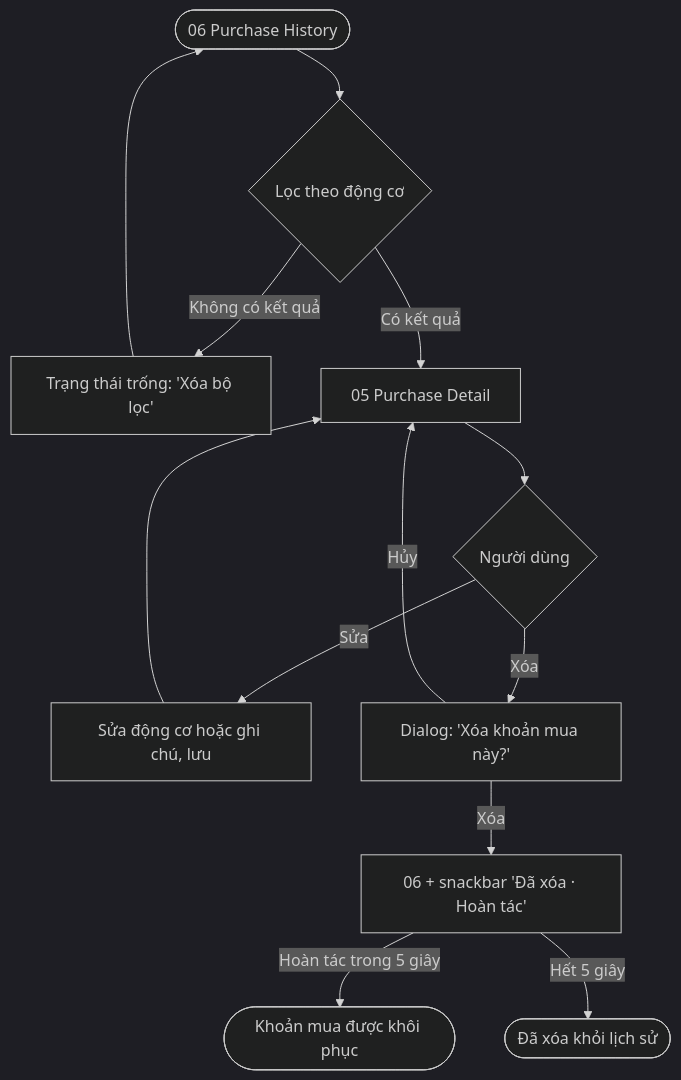
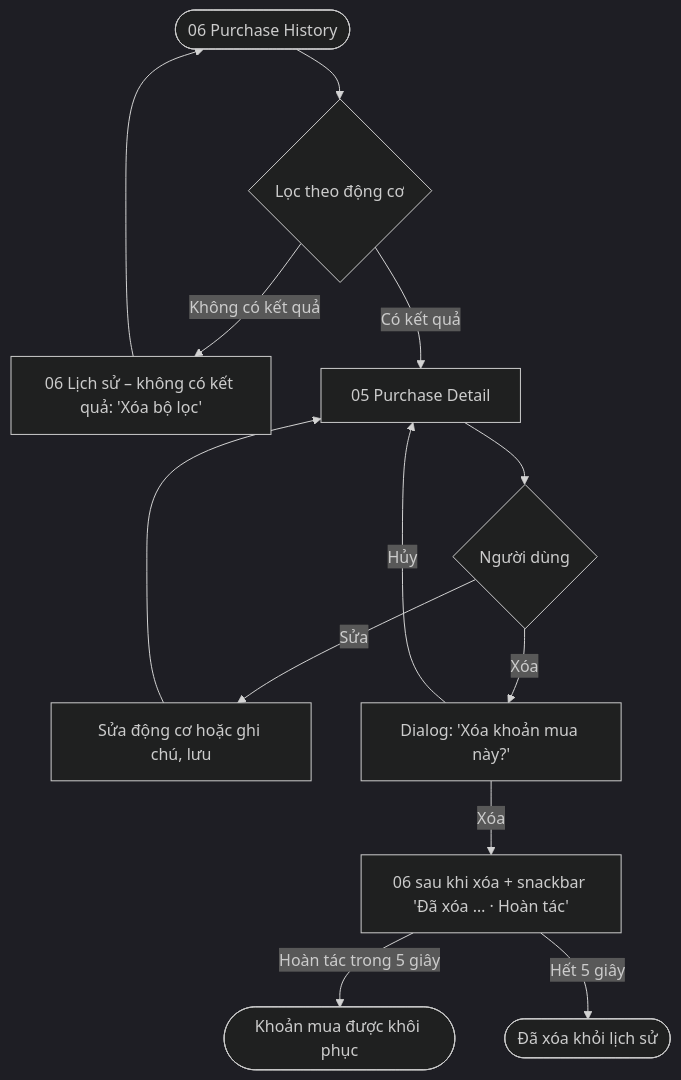
Before and after one commit to hoanghuan2005/prm393_lab02: the fourth of 4 diagrams in ux/user-flow.md, drawn with Mermaid (dark theme). The commit also changed other lines of this file and 3 other files, not shown here.

````diff
--- a/ux/user-flow.md
+++ b/ux/user-flow.md
@@ -100,13 +105,13 @@
 ```mermaid
 flowchart TD
     Start([06 Purchase History]) --> Filter{Lọc theo động cơ}
-    Filter -->|Không có kết quả| Empty[Trạng thái trống: 'Xóa bộ lọc'] --> Start
+    Filter -->|Không có kết quả| Empty[06 Lịch sử – không có kết quả: 'Xóa bộ lọc'] --> Start
     Filter -->|Có kết quả| S05[05 Purchase Detail]
     S05 --> Choice{Người dùng}
     Choice -->|Sửa| Edit[Sửa động cơ hoặc ghi chú, lưu] --> S05
     Choice -->|Xóa| Dialog[Dialog: 'Xóa khoản mua này?']
     Dialog -->|Hủy| S05
-    Dialog -->|Xóa| Snack[06 + snackbar 'Đã xóa · Hoàn tác']
+    Dialog -->|Xóa| Snack[06 sau khi xóa + snackbar 'Đã xóa … · Hoàn tác']
     Snack -->|Hoàn tác trong 5 giây| Restored([Khoản mua được khôi phục])
     Snack -->|Hết 5 giây| Gone([Đã xóa khỏi lịch sử])
 ```
````
